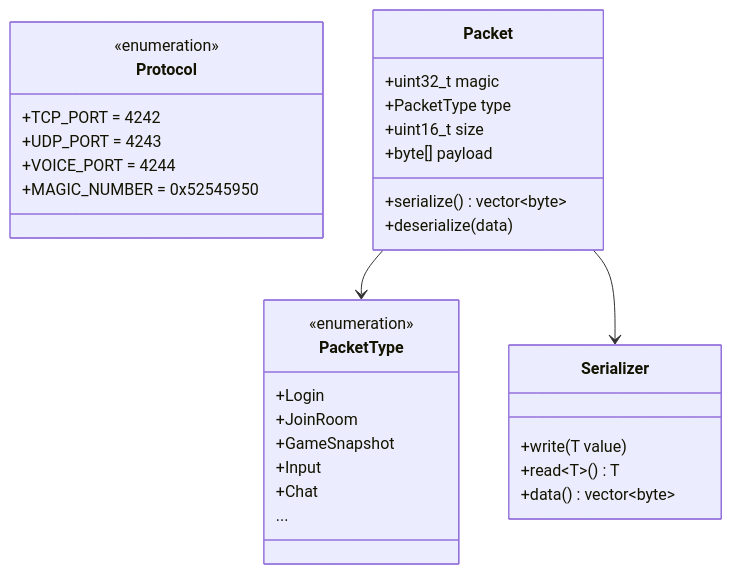
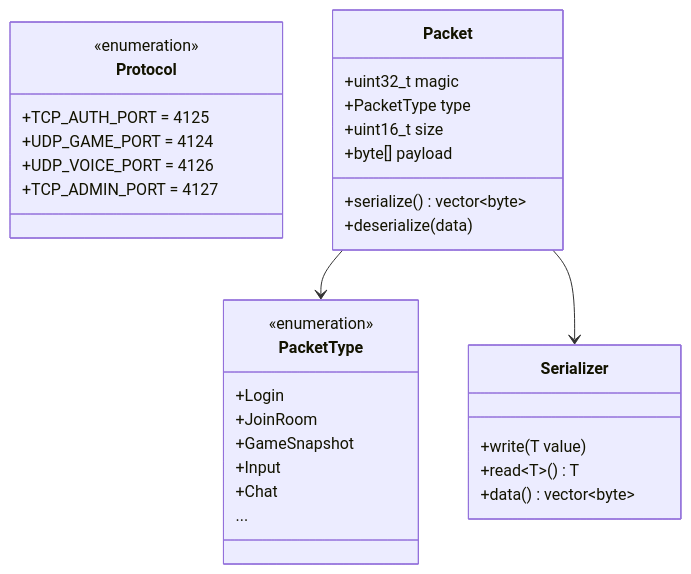
One commit to ChrisG-L/rtype changed the first of 2 diagrams in docs/api/reseau/index.md. Above: the diagram before and after it, drawn with Mermaid. The commit also changed other lines of this file and 8 other files, not shown here.

````diff
--- a/docs/api/reseau/index.md
+++ b/docs/api/reseau/index.md
@@ -13,38 +13,38 @@
 ```mermaid
 classDiagram
     class Protocol {
         <<enumeration>>
-        +TCP_PORT = 4242
-        +UDP_PORT = 4243
-        +VOICE_PORT = 4244
-        +MAGIC_NUMBER = 0x52545950
+        +TCP_AUTH_PORT = 4125
+        +UDP_GAME_PORT = 4124
+        +UDP_VOICE_PORT = 4126
+        +TCP_ADMIN_PORT = 4127
     }
 
     class PacketType {
         <<enumeration>>
         +Login
         +JoinRoom
         +GameSnapshot
         +Input
         +Chat
         ...
     }
 
     class Packet {
         +uint32_t magic
         +PacketType type
         +uint16_t size
         +byte[] payload
         +serialize() vector~byte~
         +deserialize(data)
     }
 
     class Serializer {
         +write(T value)
         +read~T~() T
         +data() vector~byte~
     }
 
     Packet --> PacketType
     Packet --> Serializer
 ```
````
